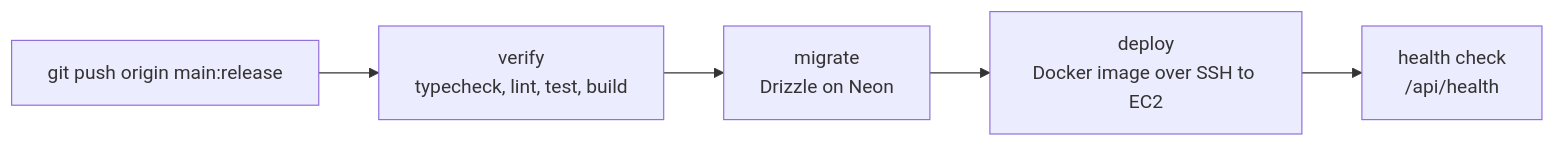
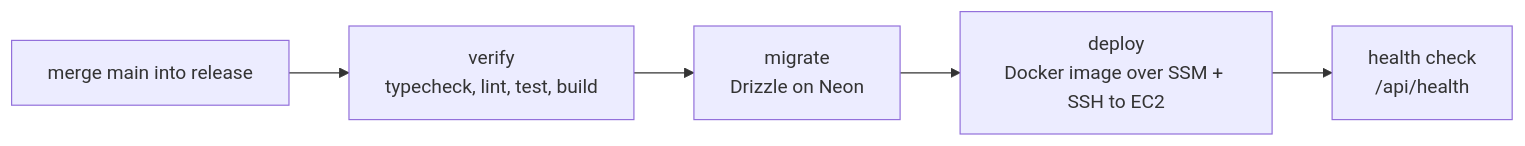
One commit to aniruddha81/system-design-simulation changed the diagram in README.md. Above: the diagram before and after it, drawn with Mermaid. The commit also changed other lines of this file and 27 other files, not shown here.

````diff
--- a/README.md
+++ b/README.md
@@ -47,7 +47,7 @@
 ```mermaid
 flowchart LR
-  P["git push origin main:release"] --> V["verify<br/>typecheck, lint, test, build"]
+  P["merge main into release"] --> V["verify<br/>typecheck, lint, test, build"]
   V --> M["migrate<br/>Drizzle on Neon"]
-  M --> D["deploy<br/>Docker image over SSH to EC2"]
+  M --> D["deploy<br/>Docker image over SSM + SSH to EC2"]
   D --> H["health check<br/>/api/health"]
 ```
````
